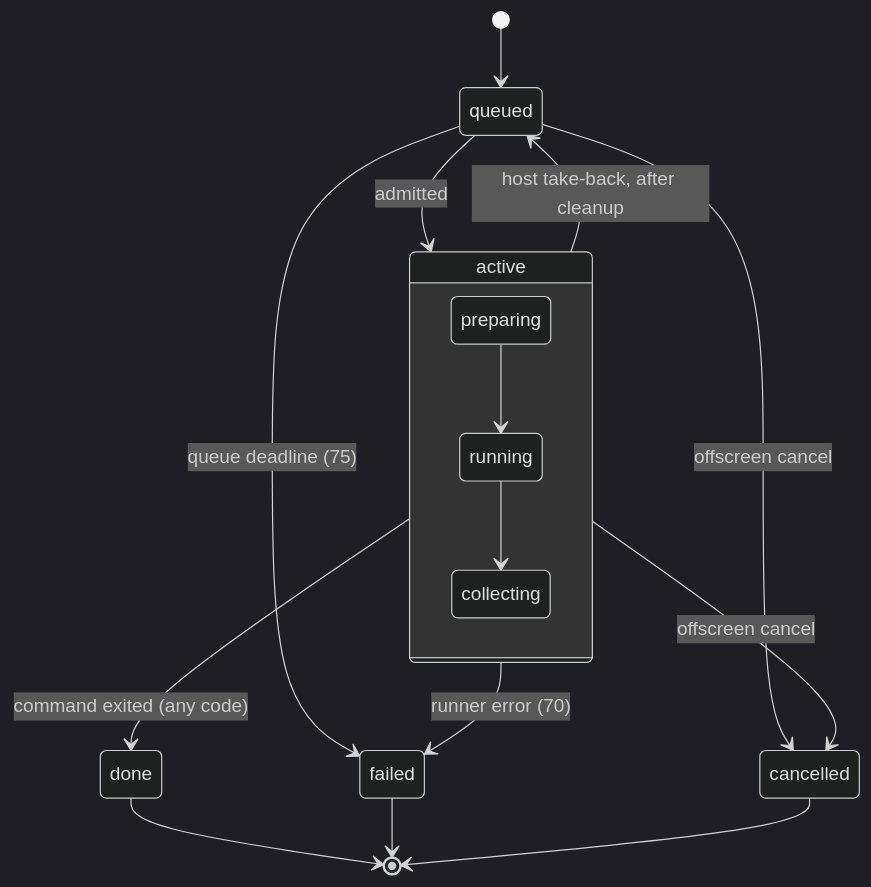
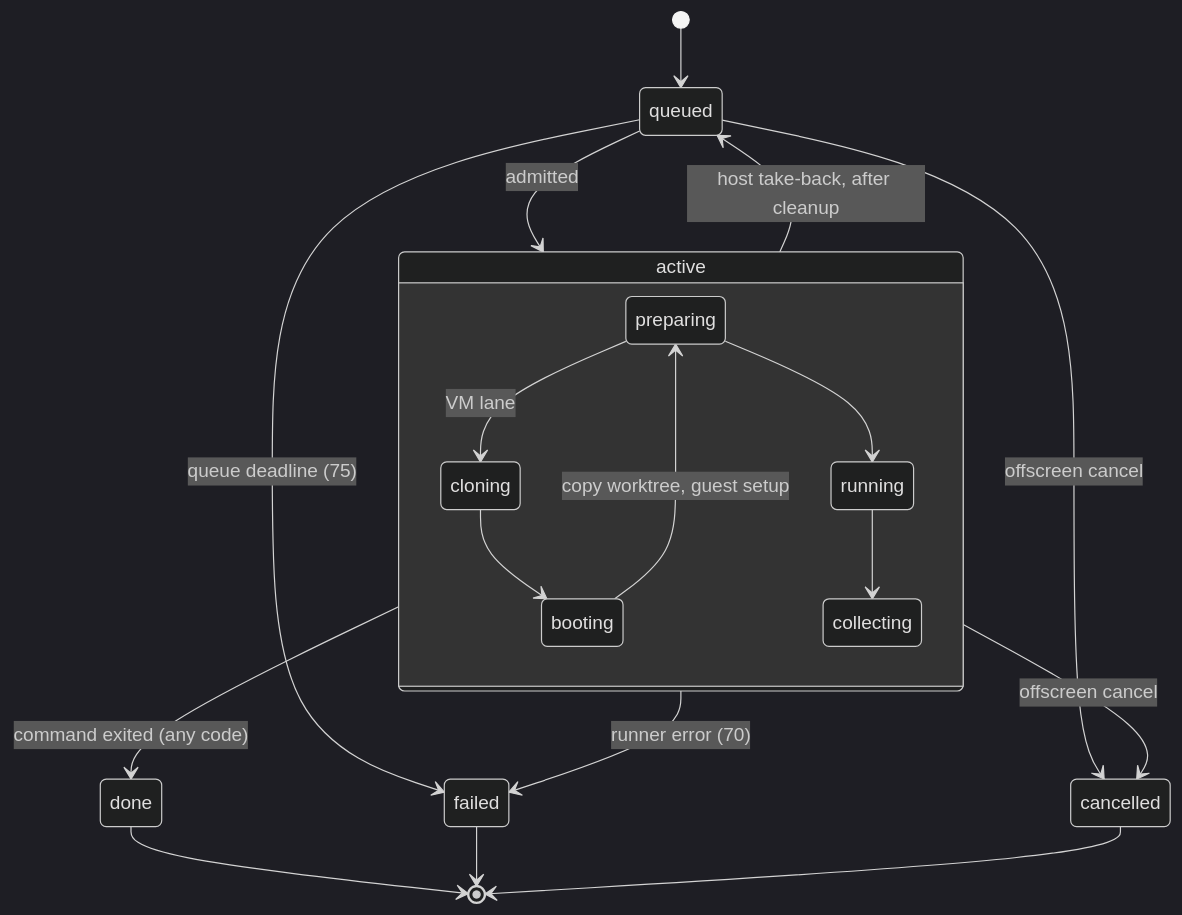
Before and after one commit to markphelps/offscreen: the third of 3 diagrams in ARCHITECTURE.md, drawn with Mermaid (dark theme). The commit also changed other lines of this file and 12 other files, not shown here.

````diff
--- a/ARCHITECTURE.md
+++ b/ARCHITECTURE.md
@@ -72,18 +74,21 @@
 ```mermaid
 stateDiagram-v2
     [*] --> queued
     queued --> active: admitted
     queued --> failed: queue deadline (75)
     state active {
+        preparing --> cloning: VM lane
+        cloning --> booting
+        booting --> preparing: copy worktree, guest setup
         preparing --> running
         running --> collecting
     }
     active --> done: command exited (any code)
     active --> failed: runner error (70)
     active --> queued: host take-back, after cleanup
     queued --> cancelled: offscreen cancel
     active --> cancelled: offscreen cancel
     done --> [*]
     failed --> [*]
     cancelled --> [*]
 ```
````
